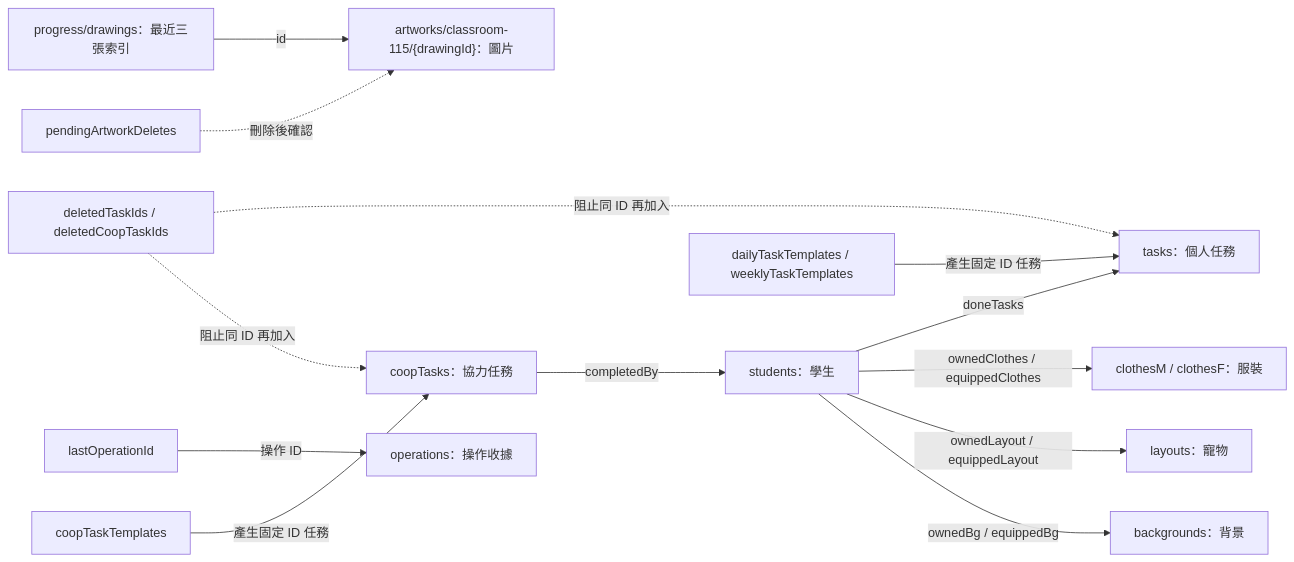
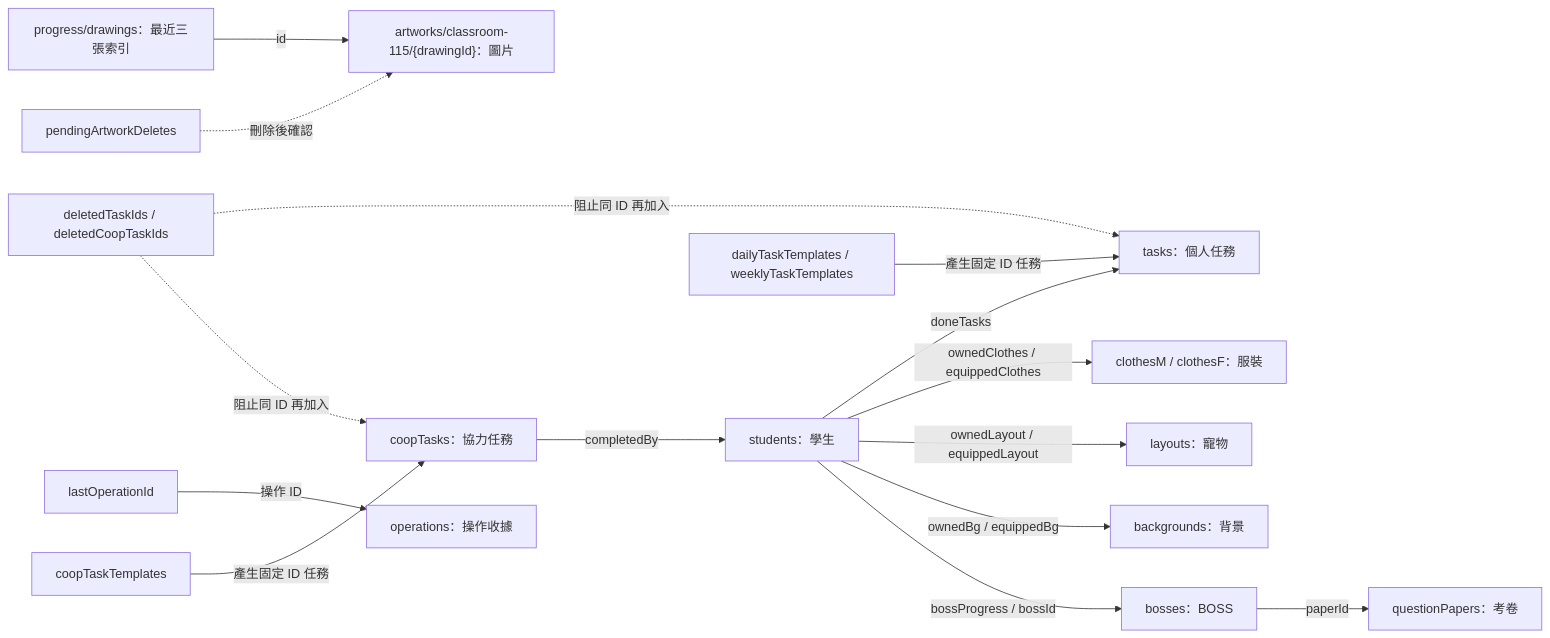
One commit to AviaWu/classroom-115 changed the diagram in docs/database-structure.md. Above: the diagram before and after it, drawn with Mermaid. The commit also changed other lines of this file and 6 other files, not shown here.

````diff
--- a/docs/database-structure.md
+++ b/docs/database-structure.md
@@ -175,15 +204,17 @@
 ```mermaid
 flowchart LR
     student["students：學生"] -->|doneTasks| task["tasks：個人任務"]
     student -->|ownedClothes / equippedClothes| clothes["clothesM / clothesF：服裝"]
     student -->|ownedLayout / equippedLayout| pet["layouts：寵物"]
     student -->|ownedBg / equippedBg| background["backgrounds：背景"]
     personalTemplate["dailyTaskTemplates / weeklyTaskTemplates"] -->|產生固定 ID 任務| task
     coopTemplate["coopTaskTemplates"] -->|產生固定 ID 任務| coop["coopTasks：協力任務"]
     coop -->|completedBy| student
+    boss["bosses：BOSS"] -->|paperId| paper["questionPapers：考卷"]
+    student -->|bossProgress / bossId| boss
     deleted["deletedTaskIds / deletedCoopTaskIds"] -.->|阻止同 ID 再加入| task
     deleted -.->|阻止同 ID 再加入| coop
     recent["progress/drawings：最近三張索引"] -->|id| artwork["artworks/classroom-115/{drawingId}：圖片"]
     pending["pendingArtworkDeletes"] -.->|刪除後確認| artwork
     last["lastOperationId"] -->|操作 ID| receipt["operations：操作收據"]
 ```
````
